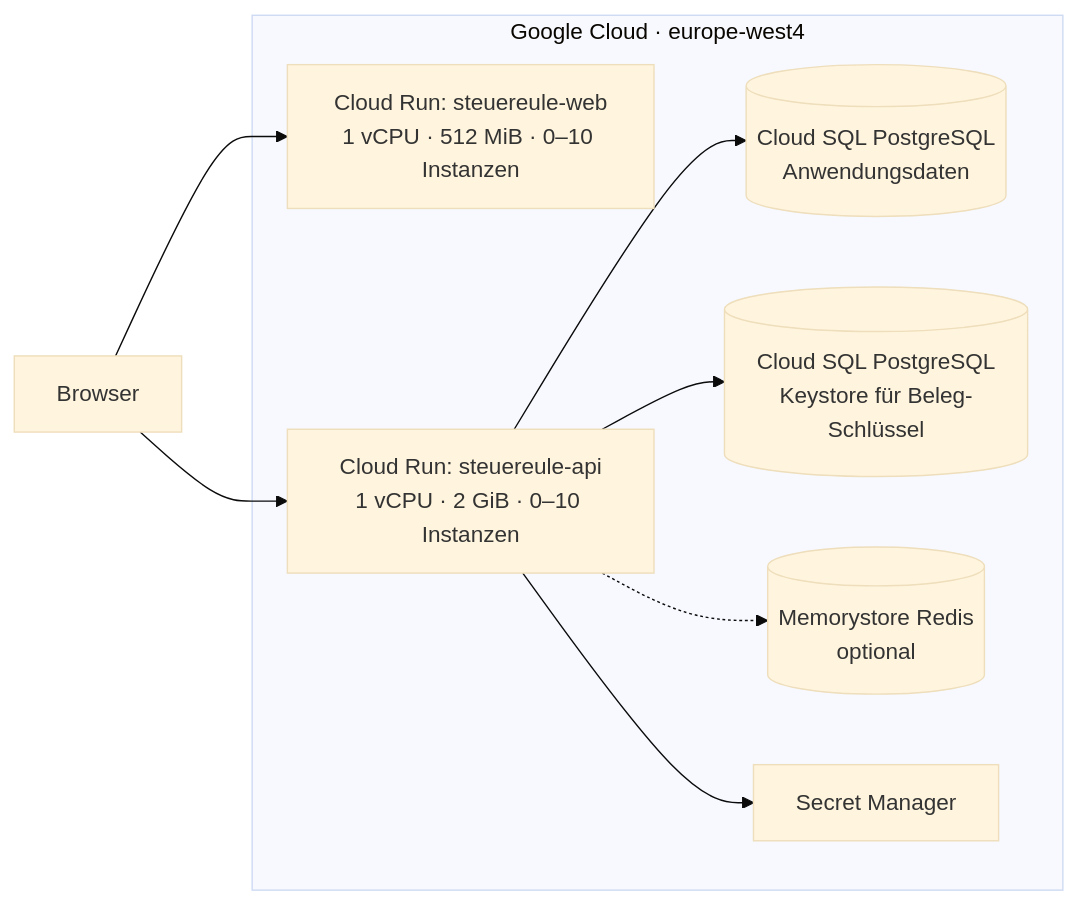
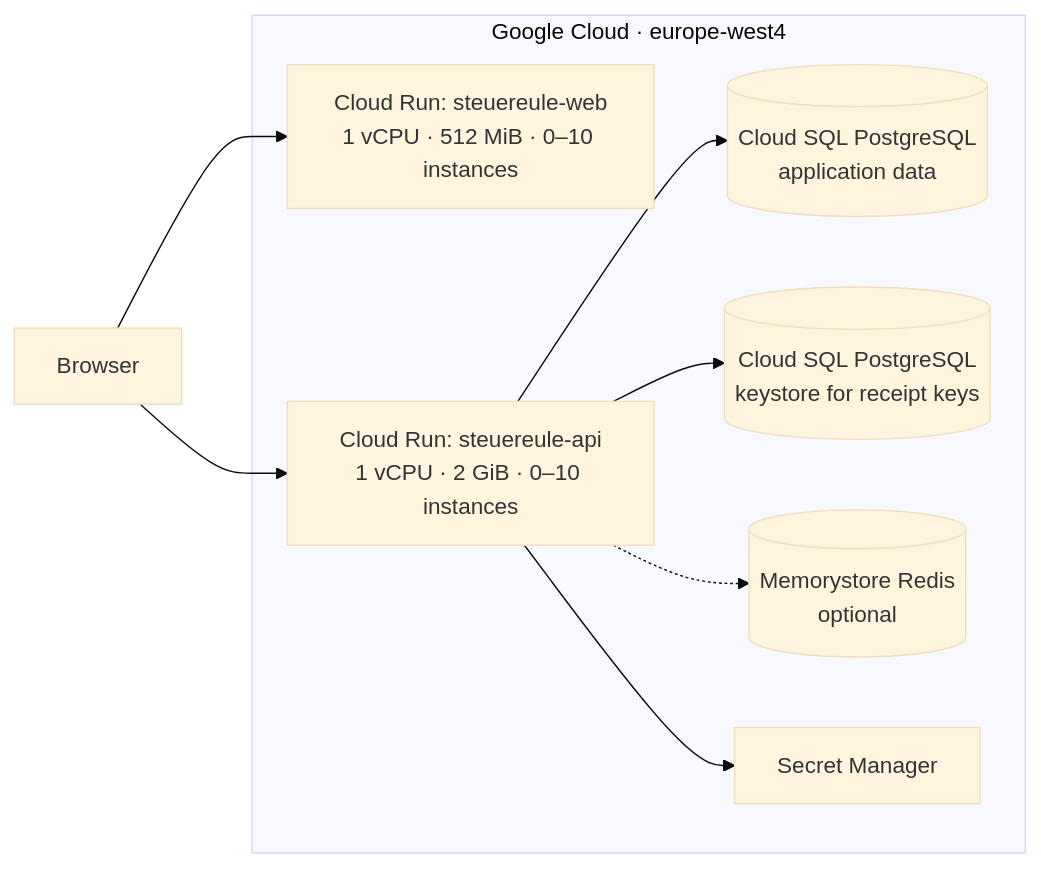
The sixth of 6 diagrams in docs/architecture.md (NexusHero/Steuereule), drawn with Mermaid (base theme) before and after one commit. The commit also changed other lines of this file and 6 other files, not shown here.

First line of the commit message:
docs: the architecture documentation is in English

````diff
--- a/docs/architecture.md
+++ b/docs/architecture.md
@@ -379,18 +381,18 @@
 ```mermaid
 flowchart LR
   Browser["Browser"]
   subgraph GCP ["Google Cloud · europe-west4"]
-    WebSvc["Cloud Run: steuereule-web\n1 vCPU · 512 MiB · 0–10 Instanzen"]
-    ApiSvc["Cloud Run: steuereule-api\n1 vCPU · 2 GiB · 0–10 Instanzen"]
-    Db[("Cloud SQL PostgreSQL\nAnwendungsdaten")]
-    Keys[("Cloud SQL PostgreSQL\nKeystore für Beleg-Schlüssel")]
+    WebSvc["Cloud Run: steuereule-web\n1 vCPU · 512 MiB · 0–10 instances"]
+    ApiSvc["Cloud Run: steuereule-api\n1 vCPU · 2 GiB · 0–10 instances"]
+    Db[("Cloud SQL PostgreSQL\napplication data")]
+    Keys[("Cloud SQL PostgreSQL\nkeystore for receipt keys")]
     Redis[("Memorystore Redis\noptional")]
     Secrets["Secret Manager"]
   end
   Browser --> WebSvc
   Browser --> ApiSvc
   ApiSvc --> Db
   ApiSvc --> Keys
   ApiSvc -.-> Redis
   ApiSvc --> Secrets
 ```
````
